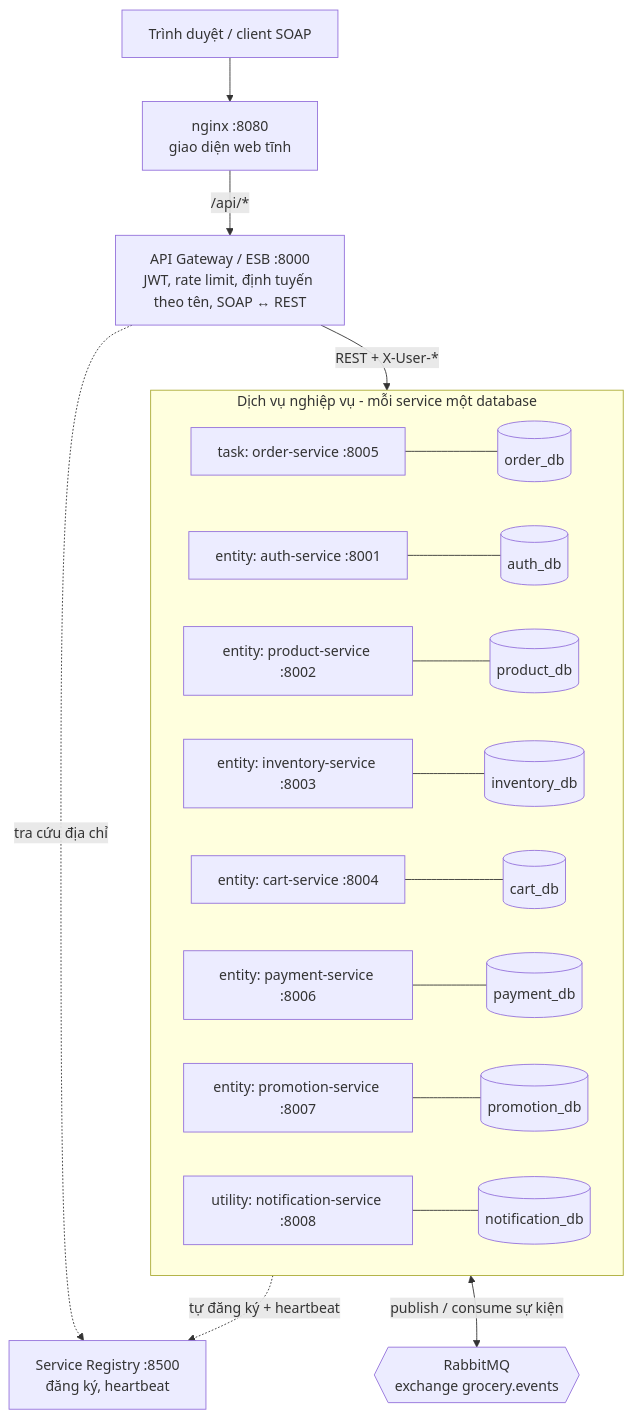
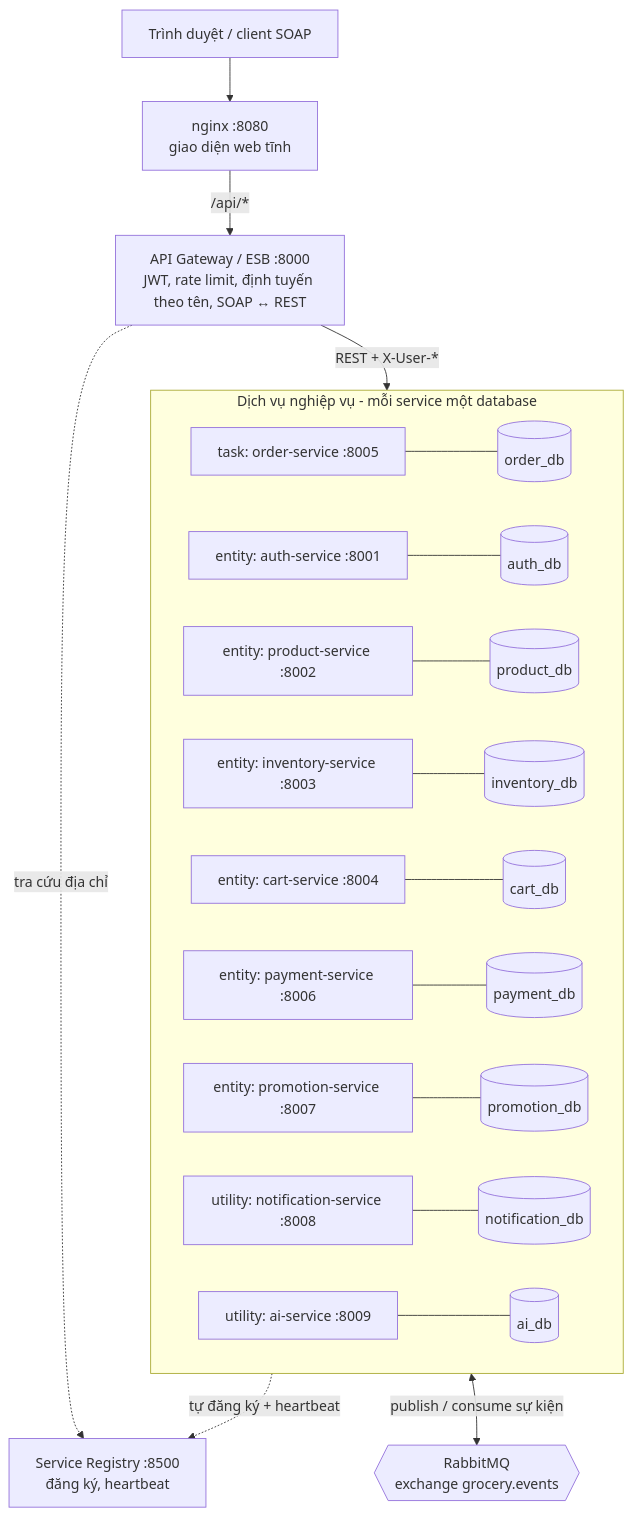
One commit to hmduc2604/Tap-hoa-Xanh changed the first of 2 diagrams in docs/architecture.md. Above: the diagram before and after it, drawn with Mermaid. The commit also changed other lines of this file and 79 other files, not shown here.

````diff
--- a/docs/architecture.md
+++ b/docs/architecture.md
@@ -10,20 +10,21 @@
 ```mermaid
 flowchart TB
     U["Trình duyệt / client SOAP"] --> N["nginx :8080<br/>giao diện web tĩnh"]
     N -->|"/api/*"| G["API Gateway / ESB :8000<br/>JWT, rate limit, định tuyến theo tên, SOAP ↔ REST"]
     G -. "tra cứu địa chỉ" .-> R["Service Registry :8500<br/>đăng ký, heartbeat"]
     SVC -. "tự đăng ký + heartbeat" .-> R
     G -->|"REST + X-User-*"| SVC
     subgraph SVC["Dịch vụ nghiệp vụ - mỗi service một database"]
         direction LR
         ORD["task: order-service :8005"] --- DB5[("order_db")]
         AUTH["entity: auth-service :8001"] --- DB1[("auth_db")]
         PROD["entity: product-service :8002"] --- DB2[("product_db")]
         INV["entity: inventory-service :8003"] --- DB3[("inventory_db")]
         CART["entity: cart-service :8004"] --- DB4[("cart_db")]
         PAY["entity: payment-service :8006"] --- DB6[("payment_db")]
         PROMO["entity: promotion-service :8007"] --- DB7[("promotion_db")]
         NOTI["utility: notification-service :8008"] --- DB8[("notification_db")]
+        AIS["utility: ai-service :8009"] --- DB9[("ai_db")]
     end
     SVC <-->|"publish / consume sự kiện"| MQ{{"RabbitMQ<br/>exchange grocery.events"}}
 ```
````
